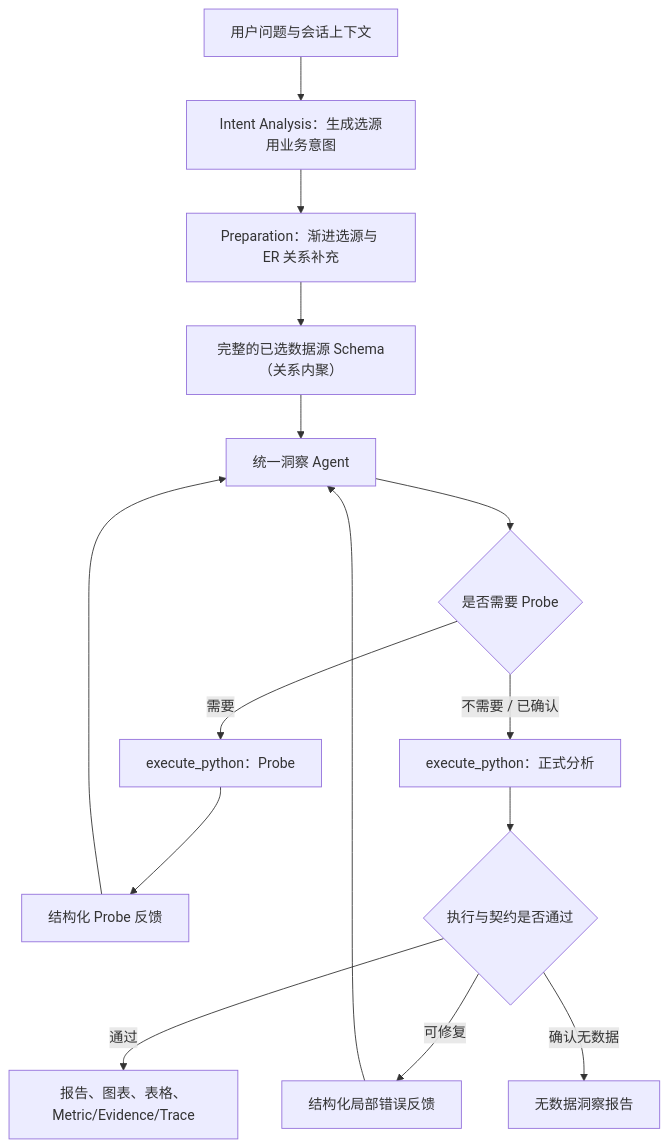
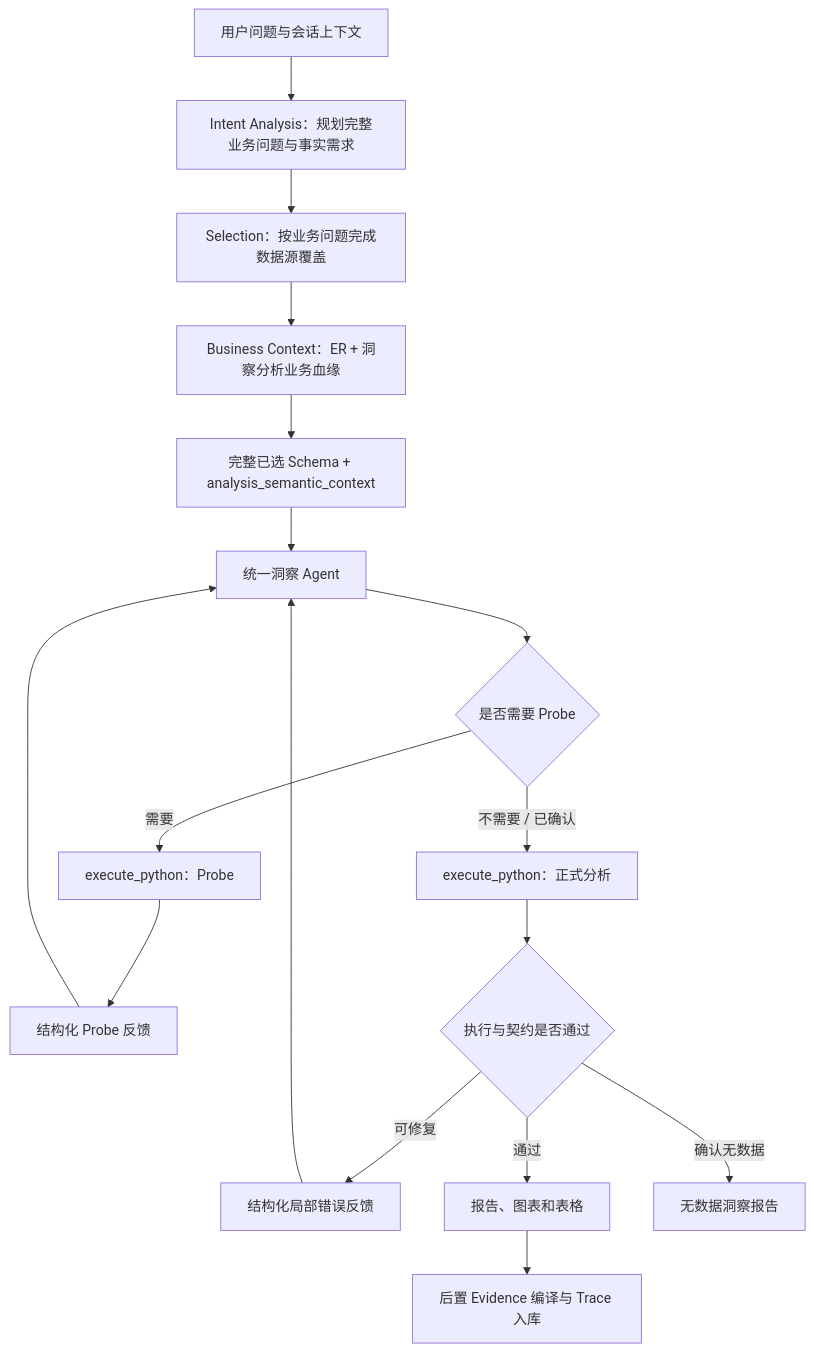
One commit to wszlesile/DataInsight changed the diagram in docs/unified-analysis-architecture-v2.md. Above: the diagram before and after it, drawn with Mermaid. The commit also changed other lines of this file and 38 other files, not shown here.

Commit message:
feat: stabilize unified analysis preparation and evidence assembly

````diff
--- a/docs/unified-analysis-architecture-v2.md
+++ b/docs/unified-analysis-architecture-v2.md
@@ -164,17 +181,19 @@
 ```mermaid
 flowchart TD
-    A["用户问题与会话上下文"] --> B["Intent Analysis：生成选源用业务意图"]
-    B --> C["Preparation：渐进选源与 ER 关系补充"]
-    C --> D["完整的已选数据源 Schema（关系内聚）"]
-    D --> E["统一洞察 Agent"]
+    A["用户问题与会话上下文"] --> B["Intent Analysis：规划完整业务问题与事实需求"]
+    B --> C["Selection：按业务问题完成数据源覆盖"]
+    C --> D["Business Context：ER + 洞察分析业务血缘"]
+    D --> E0["完整已选 Schema + analysis_semantic_context"]
+    E0 --> E["统一洞察 Agent"]
     E --> F{"是否需要 Probe"}
     F -- "需要" --> G["execute_python：Probe"]
     G --> H["结构化 Probe 反馈"]
     H --> E
     F -- "不需要 / 已确认" --> I["execute_python：正式分析"]
     I --> J{"执行与契约是否通过"}
     J -- "可修复" --> K["结构化局部错误反馈"]
     K --> E
-    J -- "通过" --> L["报告、图表、表格、Metric/Evidence/Trace"]
+    J -- "通过" --> L["报告、图表和表格"]
+    L --> N["后置 Evidence 编译与 Trace 入库"]
     J -- "确认无数据" --> M["无数据洞察报告"]
 ```
````
